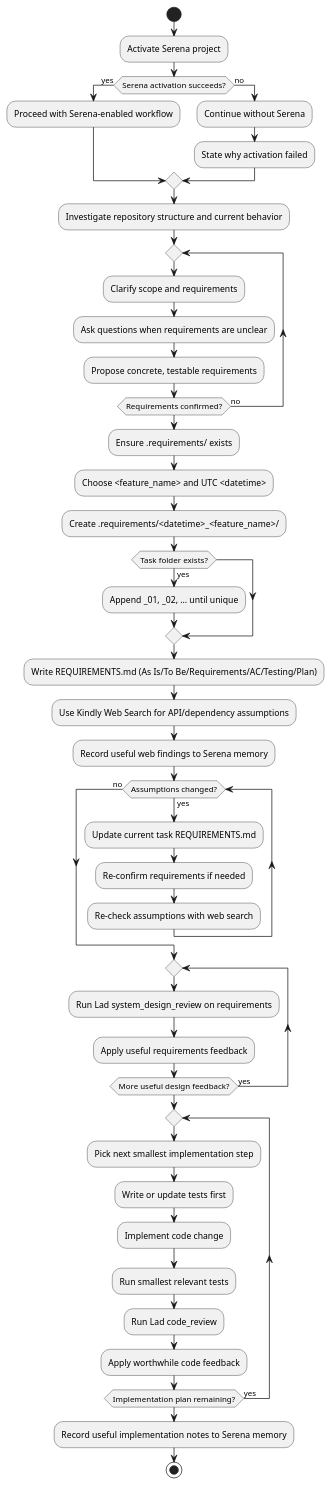
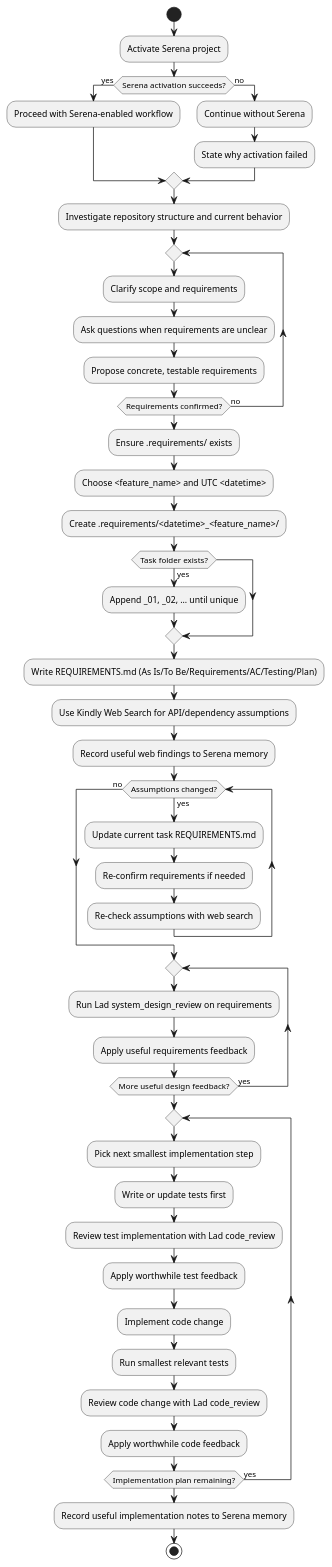
One commit to Shelpuk-AI-Technology-Consulting/agent-skill-tdd changed the diagram in skills/tdd/SKILL.md. Above: the diagram before and after it, drawn with PlantUML. The commit also changed other lines of this file, not shown here.

Commit message:
Refine TDD skill documentation to include test review with Lad MCP Server; update workflow steps accordingly.

````diff
--- a/skills/tdd/SKILL.md
+++ b/skills/tdd/SKILL.md
@@ -93,54 +94,56 @@
 ```plantuml
 @startuml
 start
 
 :Activate Serena project;
 if (Serena activation succeeds?) then (yes)
   :Proceed with Serena-enabled workflow;
 else (no)
   :Continue without Serena;
   :State why activation failed;
 endif
 
 :Investigate repository structure and current behavior;
 
 repeat
   :Clarify scope and requirements;
   :Ask questions when requirements are unclear;
   :Propose concrete, testable requirements;
 repeat while (Requirements confirmed?) is (no)
 
 :Ensure .requirements/ exists;
 :Choose <feature_name> and UTC <datetime>;
 :Create .requirements/<datetime>_<feature_name>/;
 if (Task folder exists?) then (yes)
   :Append _01, _02, ... until unique;
 endif
 :Write REQUIREMENTS.md (As Is/To Be/Requirements/AC/Testing/Plan);
 :Use Kindly Web Search for API/dependency assumptions;
 :Record useful web findings to Serena memory;
 
 while (Assumptions changed?) is (yes)
   :Update current task REQUIREMENTS.md;
   :Re-confirm requirements if needed;
   :Re-check assumptions with web search;
 endwhile (no)
 
 repeat
   :Run Lad system_design_review on requirements;
   :Apply useful requirements feedback;
 repeat while (More useful design feedback?) is (yes)
 
 repeat
   :Pick next smallest implementation step;
   :Write or update tests first;
+  :Review test implementation with Lad code_review;
+  :Apply worthwhile test feedback;
   :Implement code change;
   :Run smallest relevant tests;
-  :Run Lad code_review;
+  :Review code change with Lad code_review;
   :Apply worthwhile code feedback;
 repeat while (Implementation plan remaining?) is (yes)
 
 :Record useful implementation notes to Serena memory;
 stop
 @enduml
 ```
````
